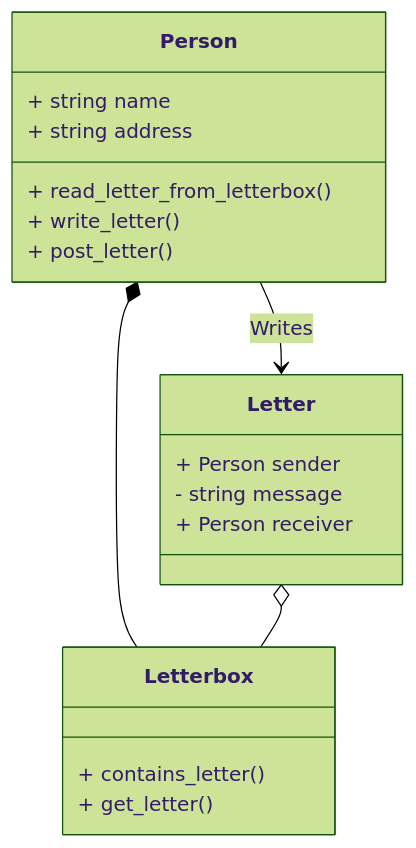
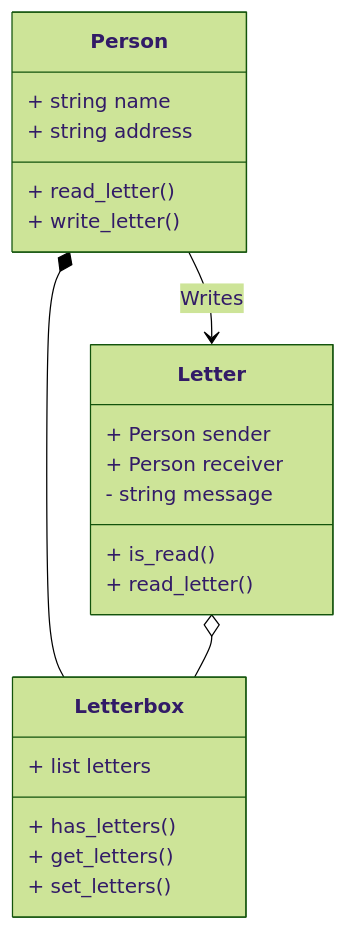
The first of 5 diagrams in uml.md (MightyMuso/Applied-Python-AT1), drawn with Mermaid (forest theme) before and after one commit. The commit also changed other lines of this file and 5 other files, not shown here.

Commit message:
Updated test cases Consolidated post_letter() and write_letter()

````diff
--- a/uml.md
+++ b/uml.md
@@ -1,23 +1,26 @@
 ``` mermaid
 classDiagram
     class Person {
         + string name
         + string address
-        + read_letter_from_letterbox()
+        + read_letter()
         + write_letter()
-        + post_letter()
     }
     class Letter {
         + Person sender
+        + Person receiver
         - string message
-        + Person receiver
+        + is_read()   
+        + read_letter()
     }
     class Letterbox {
-        + contains_letter()
-        + get_letter()     
+        + list letters
+        + has_letters()
+        + get_letters()     
+        + set_letters()
     }
     Person *-- Letterbox
     Person --> Letter: Writes
     Letter o-- Letterbox
     Letterbox 
 ```
````
